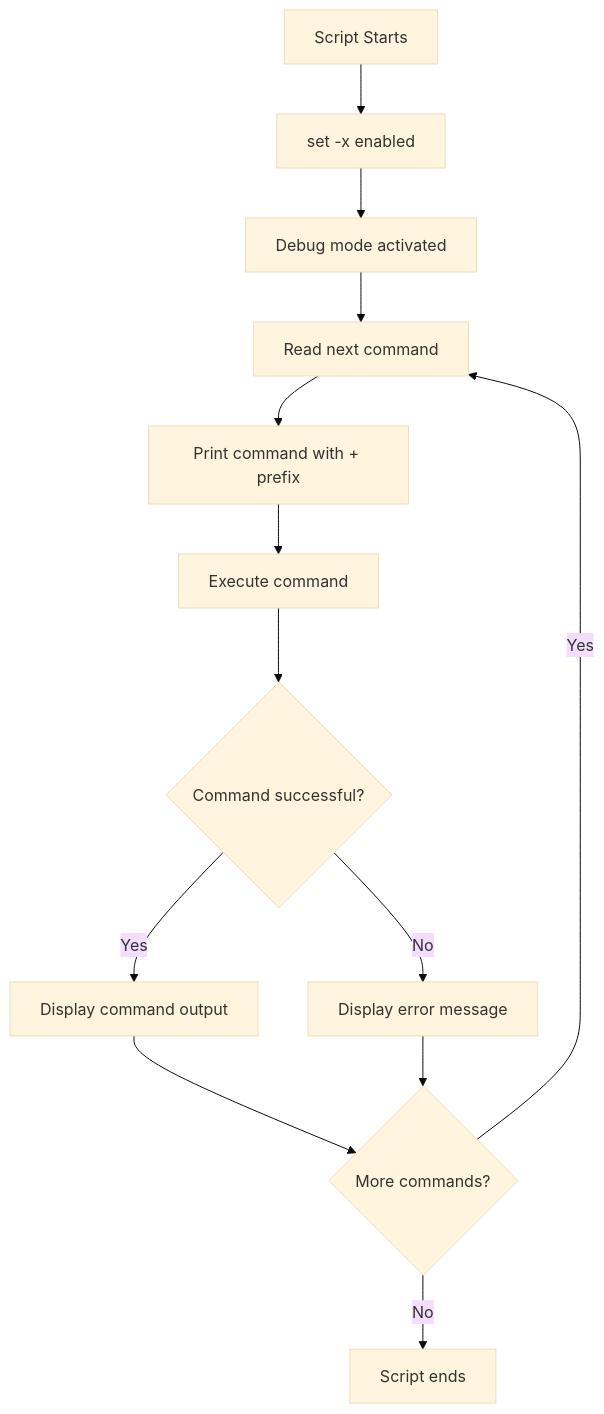
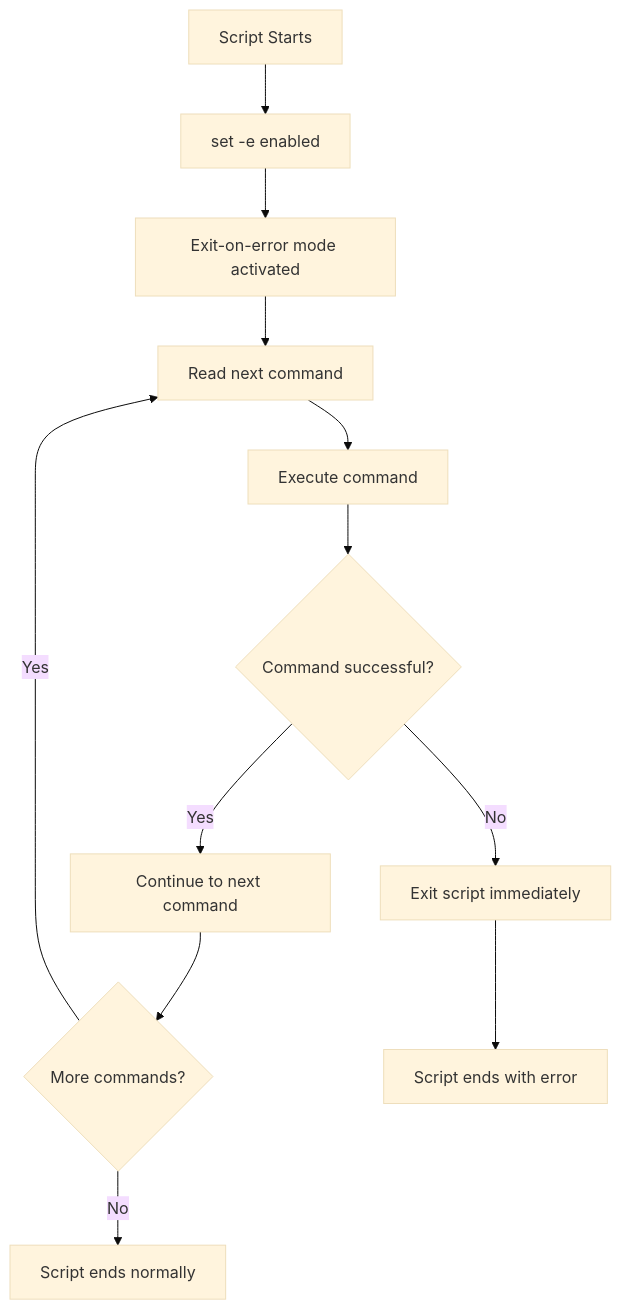
The diagram in Error-Handling-Shellscripting/1.md (SubbuTechOps/linux-for-devops), drawn with Mermaid (base theme) before and after one commit.

````diff
--- a/Error-Handling-Shellscripting/1.md
+++ b/Error-Handling-Shellscripting/1.md
@@ -42,15 +42,14 @@
 ```mermaid
 flowchart TD
-    A[Script Starts] --> B[set -x enabled]
-    B --> C[Debug mode activated]
+    A[Script Starts] --> B[set -e enabled]
+    B --> C[Exit-on-error mode activated]
     C --> D[Read next command]
-    D --> E[Print command with + prefix]
-    E --> F[Execute command]
-    F --> G{Command successful?}
-    G -->|Yes| H[Display command output]
-    G -->|No| I[Display error message]
-    H --> J{More commands?}
-    I --> J
-    J -->|Yes| D
-    J -->|No| K[Script ends]
+    D --> E[Execute command]
+    E --> F{Command successful?}
+    F -->|Yes| G[Continue to next command]
+    F -->|No| H[Exit script immediately]
+    G --> I{More commands?}
+    I -->|Yes| D
+    I -->|No| J[Script ends normally]
+    H --> K[Script ends with error]
 ```
````
